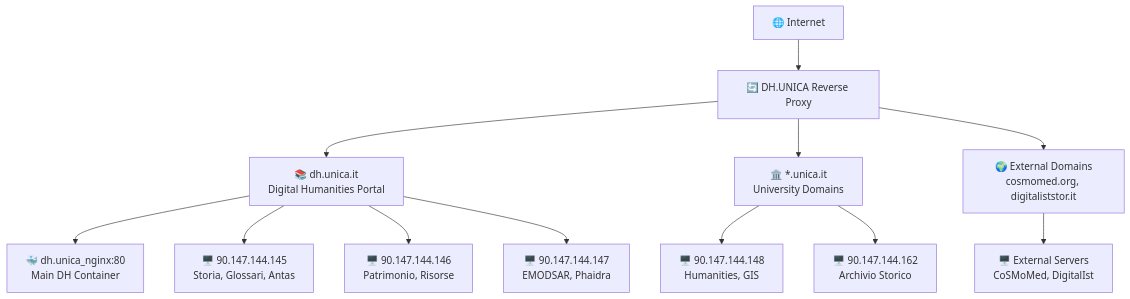
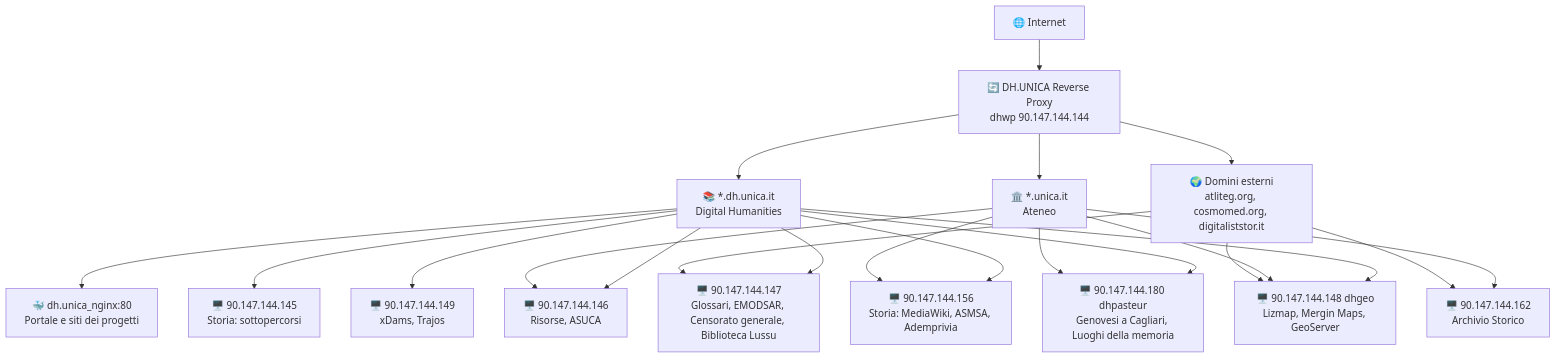
The diagram in README.md (caprowsky/proxy.dh.unica), drawn with Mermaid before and after one commit. The commit also changed other lines of this file and 1 other file, not shown here.

First line of the commit message:
docs: elenco completo degli URL serviti, con lizmap e mergin

````diff
--- a/README.md
+++ b/README.md
@@ -30,18 +30,27 @@
 ```mermaid
 graph TB
-    Internet[🌐 Internet] --> Proxy[🔄 DH.UNICA Reverse Proxy]
-    
-    Proxy --> DH[📚 dh.unica.it<br/>Digital Humanities Portal]
-    Proxy --> UNICA[🏛️ *.unica.it<br/>University Domains]
-    Proxy --> EXT[🌍 External Domains<br/>cosmomed.org, digitaliststor.it]
-    
-    DH --> DHContainer[🐳 dh.unica_nginx:80<br/>Main DH Container]
-    DH --> Backend1[🖥️ 90.147.144.145<br/>Storia, Glossari, Antas]
-    DH --> Backend2[🖥️ 90.147.144.146<br/>Patrimonio, Risorse]
-    DH --> Backend3[🖥️ 90.147.144.147<br/>EMODSAR, Phaidra]
-    
-    UNICA --> Backend4[🖥️ 90.147.144.148<br/>Humanities, GIS]
-    UNICA --> Backend5[🖥️ 90.147.144.162<br/>Archivio Storico]
-    
-    EXT --> Backend6[🖥️ External Servers<br/>CoSMoMed, DigitalIst]
+    Internet[🌐 Internet] --> Proxy[🔄 DH.UNICA Reverse Proxy<br/>dhwp 90.147.144.144]
+
+    Proxy --> DH[📚 *.dh.unica.it<br/>Digital Humanities]
+    Proxy --> UNICA[🏛️ *.unica.it<br/>Ateneo]
+    Proxy --> EXT[🌍 Domini esterni<br/>atliteg.org, cosmomed.org, digitaliststor.it]
+
+    DH --> DHContainer[🐳 dh.unica_nginx:80<br/>Portale e siti dei progetti]
+    DH --> B145[🖥️ 90.147.144.145<br/>Storia: sottopercorsi]
+    DH --> B146[🖥️ 90.147.144.146<br/>Risorse, ASUCA]
+    DH --> B147[🖥️ 90.147.144.147<br/>Glossari, EMODSAR, Censorato generale, Biblioteca Lussu]
+    DH --> B148[🖥️ 90.147.144.148 dhgeo<br/>Lizmap, Mergin Maps, GeoServer]
+    DH --> B149[🖥️ 90.147.144.149<br/>xDams, Trajos]
+    DH --> B156[🖥️ 90.147.144.156<br/>Storia: MediaWiki, ASMSA, Ademprivia]
+    DH --> B180[🖥️ 90.147.144.180 dhpasteur<br/>Genovesi a Cagliari, Luoghi della memoria]
+
+    UNICA --> B162[🖥️ 90.147.144.162<br/>Archivio Storico]
+    UNICA --> B146
+    UNICA --> B156
+    UNICA --> B180
+    UNICA --> B148
+
+    EXT --> B147
+    EXT --> B148
+    EXT --> B162
 ```
````
